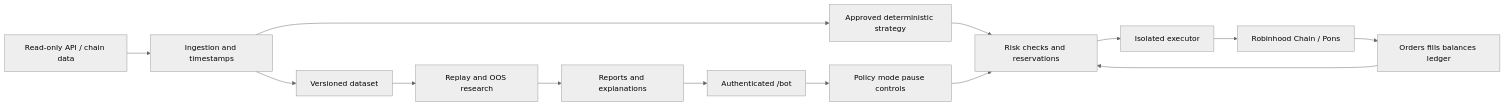
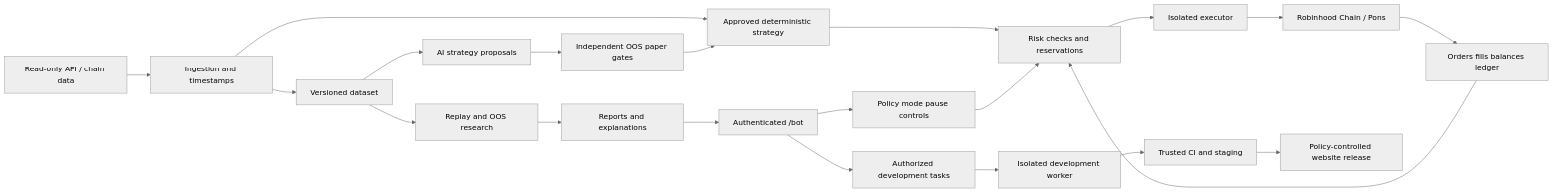
The diagram in PLAN.md (FomaBy/CryptoBot), drawn with Mermaid (neutral theme) before and after one commit. The commit also changed other lines of this file and 11 other files, not shown here.

````diff
--- a/PLAN.md
+++ b/PLAN.md
@@ -68,16 +71,23 @@
 ```mermaid
 flowchart LR
     Sources[Read-only API / chain data] --> Ingest[Ingestion and timestamps]
     Ingest --> Data[Versioned dataset]
     Data --> Research[Replay and OOS research]
     Ingest --> Strategy[Approved deterministic strategy]
     Strategy --> Risk[Risk checks and reservations]
     Risk --> Executor[Isolated executor]
     Executor --> Venue[Robinhood Chain / Pons]
     Venue --> Ledger[Orders fills balances ledger]
     Ledger --> Risk
     UI[Authenticated /bot] --> Control[Policy mode pause controls]
     Control --> Risk
     Research --> Reports[Reports and explanations]
     Reports --> UI
+    Data --> Optimizer[AI strategy proposals]
+    Optimizer --> Gates[Independent OOS paper gates]
+    Gates --> Strategy
+    UI --> Backlog[Authorized development tasks]
+    Backlog --> DevAI[Isolated development worker]
+    DevAI --> Review[Trusted CI and staging]
+    Review --> Deploy[Policy-controlled website release]
 ```
````
